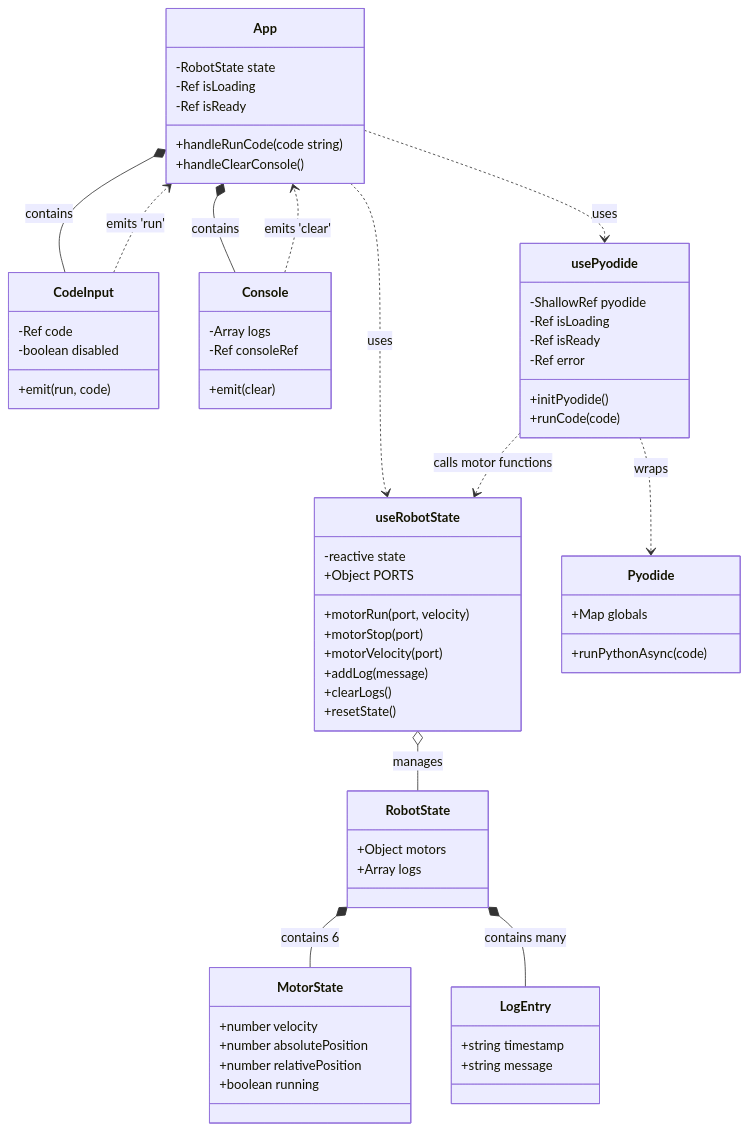
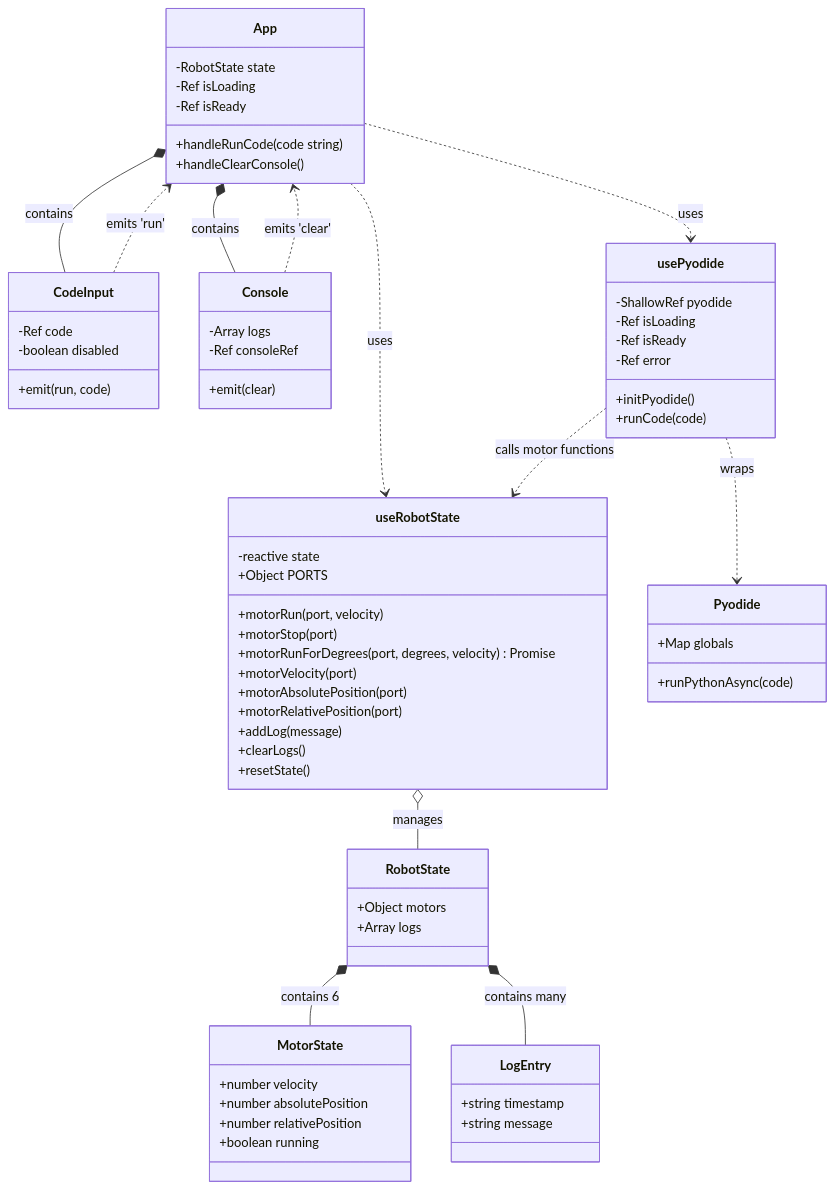
Before and after one commit to amanshaikh75/lego_spike_robot_simulator: the first of 7 diagrams in docs/code_description.md, drawn with Mermaid. The commit also changed other lines of this file, not shown here.

First line of the commit message:
Update code_description.md with motor.run_for_degrees and runloop docs

````diff
--- a/docs/code_description.md
+++ b/docs/code_description.md
@@ -51,76 +51,79 @@
 ```mermaid
 classDiagram
     class App {
         -RobotState state
         -Ref isLoading
         -Ref isReady
         +handleRunCode(code string)
         +handleClearConsole()
     }
 
     class CodeInput {
         -Ref code
         -boolean disabled
         +emit(run, code)
     }
 
     class Console {
         -Array logs
         -Ref consoleRef
         +emit(clear)
     }
 
     class useRobotState {
         -reactive state
         +Object PORTS
         +motorRun(port, velocity)
         +motorStop(port)
+        +motorRunForDegrees(port, degrees, velocity) Promise
         +motorVelocity(port)
+        +motorAbsolutePosition(port)
+        +motorRelativePosition(port)
         +addLog(message)
         +clearLogs()
         +resetState()
     }
 
     class usePyodide {
         -ShallowRef pyodide
         -Ref isLoading
         -Ref isReady
         -Ref error
         +initPyodide()
         +runCode(code)
     }
 
     class RobotState {
         +Object motors
         +Array logs
     }
 
     class MotorState {
         +number velocity
         +number absolutePosition
         +number relativePosition
         +boolean running
     }
 
     class LogEntry {
         +string timestamp
         +string message
     }
 
     class Pyodide {
         +runPythonAsync(code)
         +Map globals
     }
 
     App *-- CodeInput : contains
     App *-- Console : contains
     App ..> useRobotState : uses
     App ..> usePyodide : uses
     useRobotState o-- RobotState : manages
     RobotState *-- MotorState : contains 6
     RobotState *-- LogEntry : contains many
     usePyodide ..> Pyodide : wraps
     usePyodide ..> useRobotState : calls motor functions
     CodeInput ..> App : emits 'run'
     Console ..> App : emits 'clear'
 ```
````
